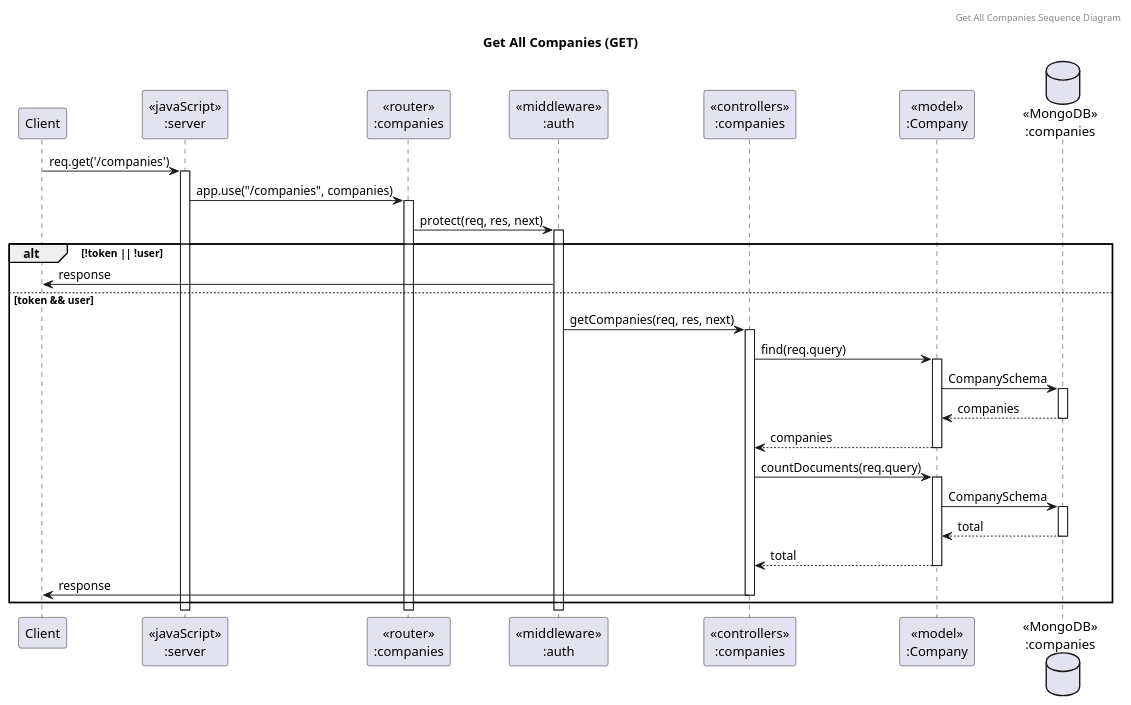
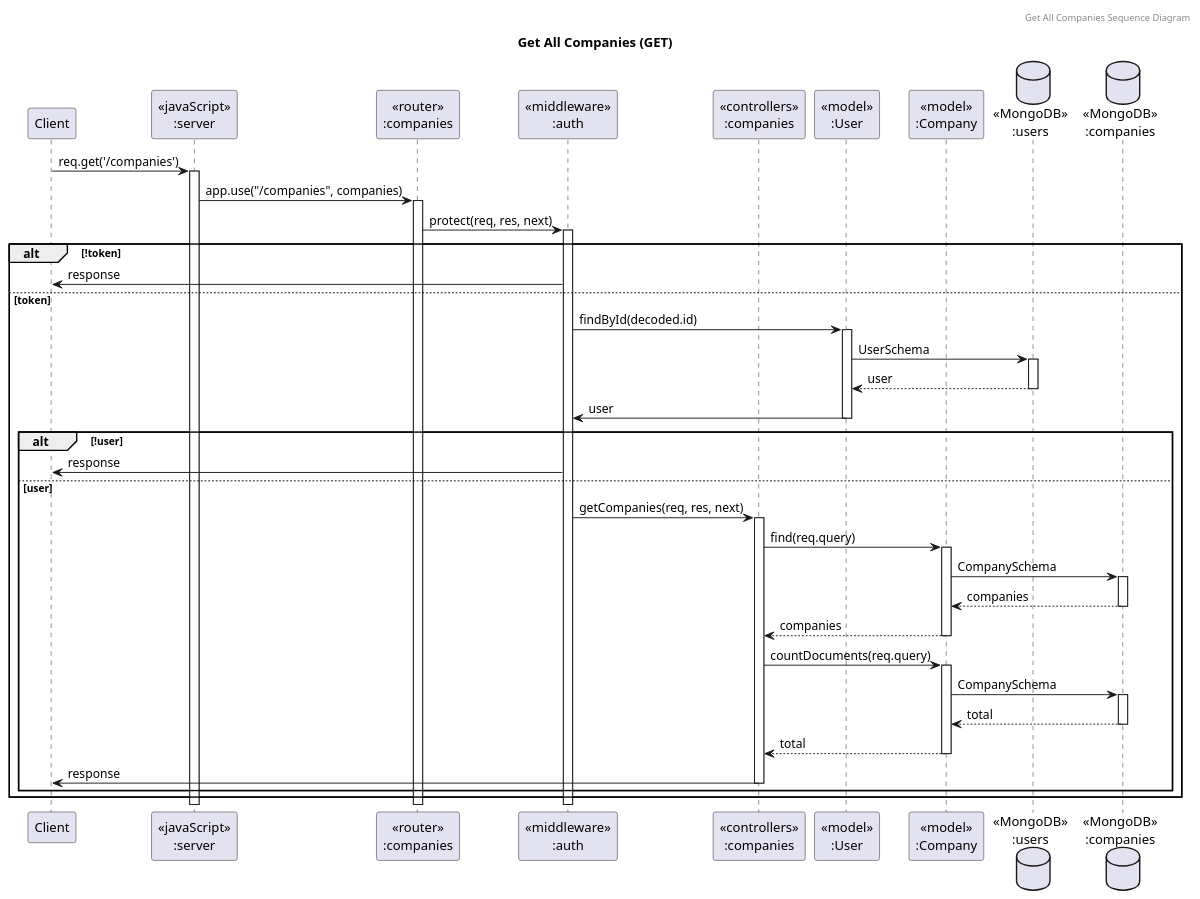
One commit to its144prelationship-study/swdevprac-project changed the diagram in diagrams/sequence_diagram/company/get_all_companies.puml. Above: the diagram before and after it, drawn with PlantUML. The commit also changed 30 other files, not shown here.

Commit message:
fix: fix middleware sequence diagram

```diff
--- a/diagrams/sequence_diagram/company/get_all_companies.puml
+++ b/diagrams/sequence_diagram/company/get_all_companies.puml
@@ -1,32 +1,42 @@
 @startuml Get All Companies (GET)
 
 header Get All Companies Sequence Diagram
 title "Get All Companies (GET)"
 
 participant "Client" as client
 participant "<<javaScript>>\n:server" as server
 participant "<<router>>\n:companies" as routerCompanies
 participant "<<middleware>>\n:auth" as authMiddleware
 participant "<<controllers>>\n:companies" as controllersCompanies
+participant "<<model>>\n:User" as modelUser
 participant "<<model>>\n:Company" as modelCompanies
+database "<<MongoDB>>\n:users" as UsersDatabase
 database "<<MongoDB>>\n:companies" as CompaniesDatabase
 
 client -> server ++:req.get('/companies')
 server -> routerCompanies ++:app.use("/companies", companies)
 routerCompanies -> authMiddleware ++:protect(req, res, next)
-alt !token || !user
+alt !token 
     authMiddleware -> client :response
-else token && user
-    authMiddleware -> controllersCompanies ++:getCompanies(req, res, next)
-    controllersCompanies -> modelCompanies ++:find(req.query)
-    modelCompanies -> CompaniesDatabase ++: CompanySchema
-    CompaniesDatabase --> modelCompanies --: companies
-    controllersCompanies <-- modelCompanies --: companies
-    controllersCompanies -> modelCompanies ++:countDocuments(req.query)
-    modelCompanies -> CompaniesDatabase ++: CompanySchema
-    CompaniesDatabase --> modelCompanies --: total
-    controllersCompanies <-- modelCompanies --: total
-    controllersCompanies -> client --: response
+else token
+    authMiddleware -> modelUser ++:findById(decoded.id)
+    modelUser -> UsersDatabase ++: UserSchema
+    UsersDatabase --> modelUser --: user
+    modelUser -> authMiddleware --: user
+    alt !user
+        authMiddleware -> client :response
+    else user
+        authMiddleware -> controllersCompanies ++:getCompanies(req, res, next)
+        controllersCompanies -> modelCompanies ++:find(req.query)
+        modelCompanies -> CompaniesDatabase ++: CompanySchema
+        CompaniesDatabase --> modelCompanies --: companies
+        controllersCompanies <-- modelCompanies --: companies
+        controllersCompanies -> modelCompanies ++:countDocuments(req.query)
+        modelCompanies -> CompaniesDatabase ++: CompanySchema
+        CompaniesDatabase --> modelCompanies --: total
+        controllersCompanies <-- modelCompanies --: total
+        controllersCompanies -> client --: response
+    end
 end
 
 @enduml
```
